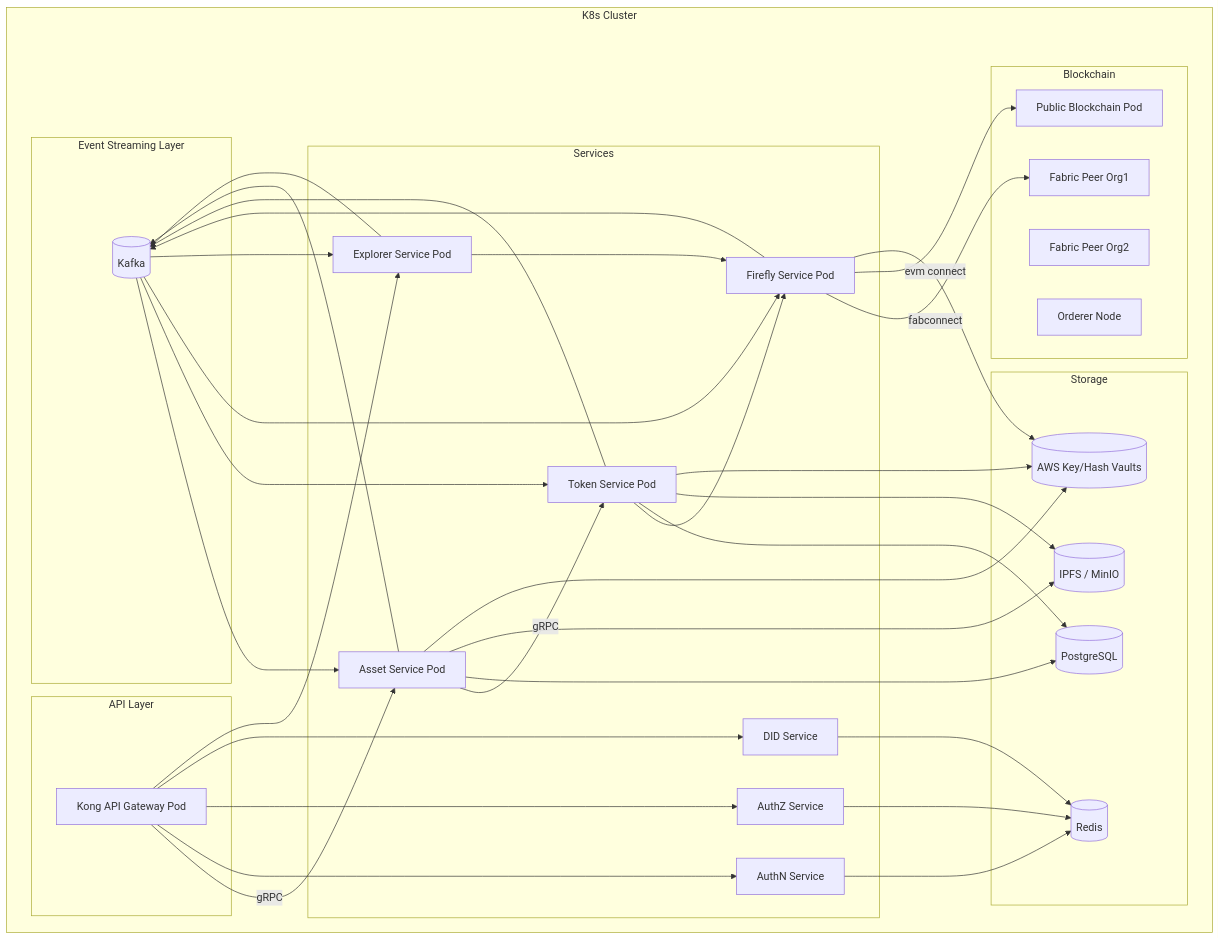
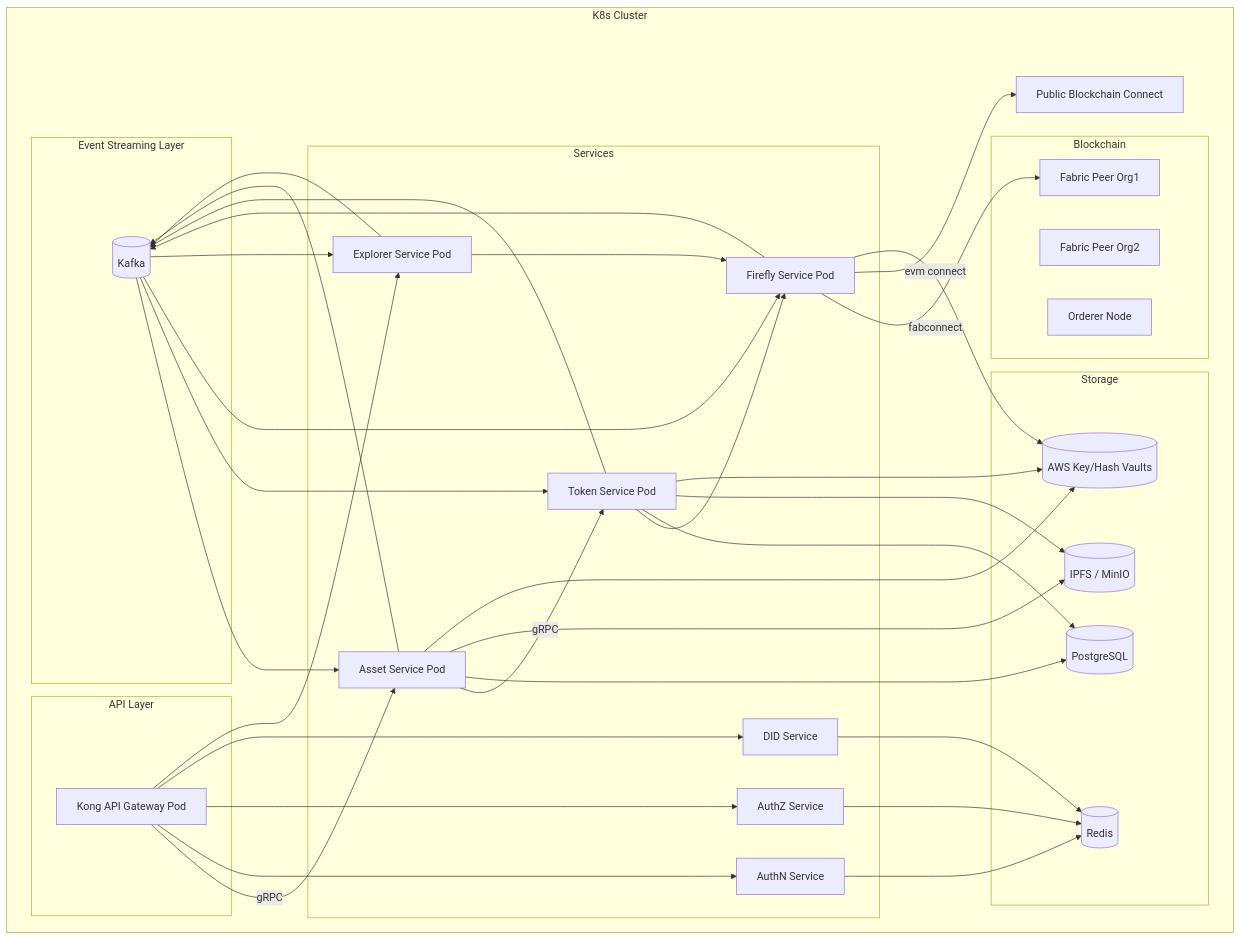
Before and after one commit to metafi-blockchain/metafi-digital-assets-service: the fourth of 4 diagrams in docs/architecture-design.en.md, drawn with Mermaid.

````diff
--- a/docs/architecture-design.en.md
+++ b/docs/architecture-design.en.md
@@ -294,68 +294,69 @@
 ```mermaid
 graph TD
     subgraph K8s Cluster
         subgraph API Layer
             GatewayPod[Kong API Gateway Pod]
         end
 
         subgraph Services
             AssetPod[Asset Service Pod]
             TokenPod[Token Service Pod]
             FireflyPod[Firefly Service Pod]
             ExplorerPod[Explorer Service Pod]
             AuthNPod[AuthN Service]
             AuthZPod[AuthZ Service]
             DIDPod[DID Service]
         end
 
         subgraph Blockchain
             FabricPeer1["Fabric Peer Org1"]
             FabricPeer2["Fabric Peer Org2"]
             Orderer[Orderer Node]
-            PublicChainPod[Public Blockchain Pod]
         end
+
+        PublicChainConnectPod[Public Blockchain Connect]
 
         subgraph Storage
             DBPod[(PostgreSQL)]
             RedisPod[(Redis)]
             IPFSPod[(IPFS / MinIO)]
             KeyVaultsPod[(AWS Key/Hash Vaults)]
         end
 
         subgraph Event Streaming Layer
             KafkaPod[(Kafka)]
         end
 
         GatewayPod -->|gRPC| AssetPod
         GatewayPod --> AuthNPod
         GatewayPod --> AuthZPod
         GatewayPod --> DIDPod
         GatewayPod --> ExplorerPod
 
         AssetPod -->|gRPC| TokenPod
         TokenPod --> FireflyPod
         FireflyPod -->|fabconnect| FabricPeer1
-        FireflyPod -->|evm connect| PublicChainPod
+        FireflyPod -->|evm connect| PublicChainConnectPod
         ExplorerPod --> FireflyPod
 
         AssetPod --> DBPod
         TokenPod --> DBPod
         AuthNPod --> RedisPod
         AuthZPod --> RedisPod
         DIDPod --> RedisPod
         AssetPod --> IPFSPod
         TokenPod --> IPFSPod
         FireflyPod --> KeyVaultsPod
         AssetPod --> KeyVaultsPod
         TokenPod --> KeyVaultsPod
 
         AssetPod --> KafkaPod
         KafkaPod --> AssetPod
         TokenPod --> KafkaPod
         KafkaPod --> TokenPod
         FireflyPod --> KafkaPod
         KafkaPod --> FireflyPod
         ExplorerPod --> KafkaPod
         KafkaPod --> ExplorerPod
     end
 ```
````
